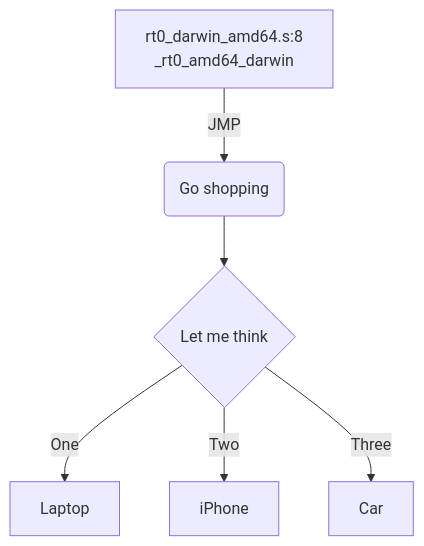
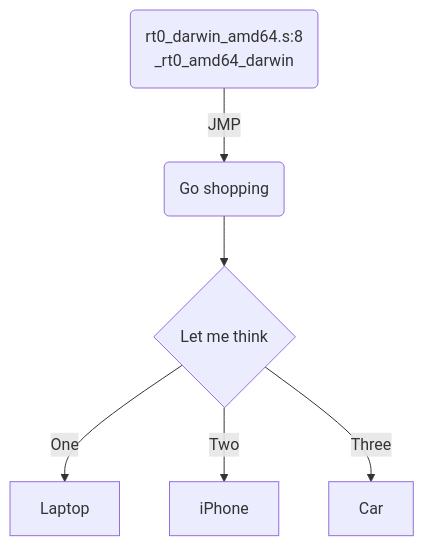
Before and after one commit to cch123/golang-notes: the diagram in bootstrap.md, drawn with Mermaid. The commit also changed other lines of this file, not shown here.

Commit message:
Uploaded by https://stackedit.io/

````diff
--- a/bootstrap.md
+++ b/bootstrap.md
@@ -99,8 +99,8 @@
 ```mermaid
 graph TD
-A[rt0_darwin_amd64.s:8<br/>_rt0_amd64_darwin] -->|JMP| B(Go shopping)
+A(rt0_darwin_amd64.s:8<br/>_rt0_amd64_darwin) -->|JMP| B(Go shopping)
 B --> C{Let me think}
 C -->|One| D[Laptop]
 C -->|Two| E[iPhone]
 C -->|Three| F[Car]
 ```
````
